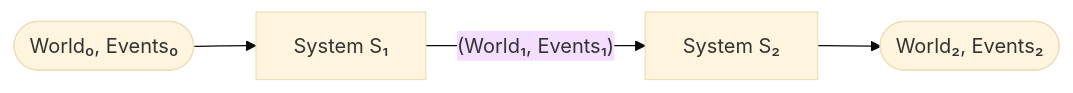
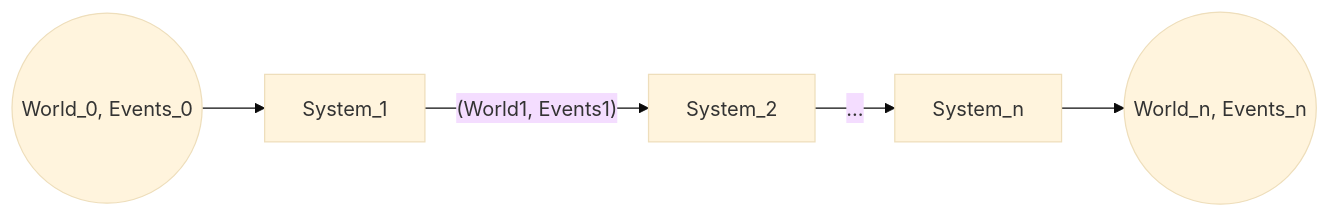
Before and after one commit to aleToro7/PPS-26-Scala-Party: the second of 2 diagrams in doc/Report/3-design-architetturale/core/index.md, drawn with Mermaid (base theme). The commit also changed other lines of this file, not shown here.

````diff
--- a/doc/Report/3-design-architetturale/core/index.md
+++ b/doc/Report/3-design-architetturale/core/index.md
@@ -64,6 +68,7 @@
 ```mermaid
 flowchart LR
-    W0(["World₀, Events₀"]) --> S1["System S₁"]
-    S1 -- "(World₁, Events₁)" --> S2["System S₂"]
-    S2 --> W2(["World₂, Events₂"])
+    W0(("World_0, Events_0")) --> S1["System_1"]
+    S1 -- "(World1, Events1)" --> S2["System_2"]
+    S2 -- "..." --> Sn["System_n"]
+    Sn --> W2(("World_n, Events_n"))
 ```
````
